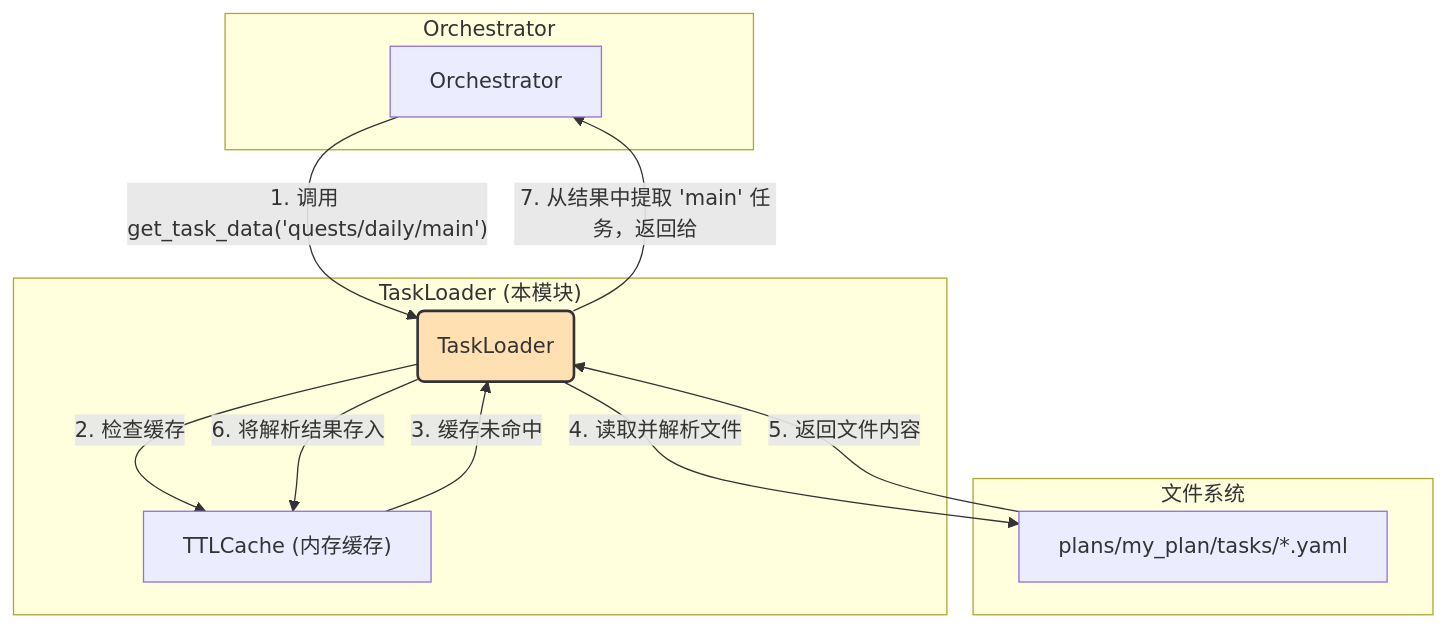
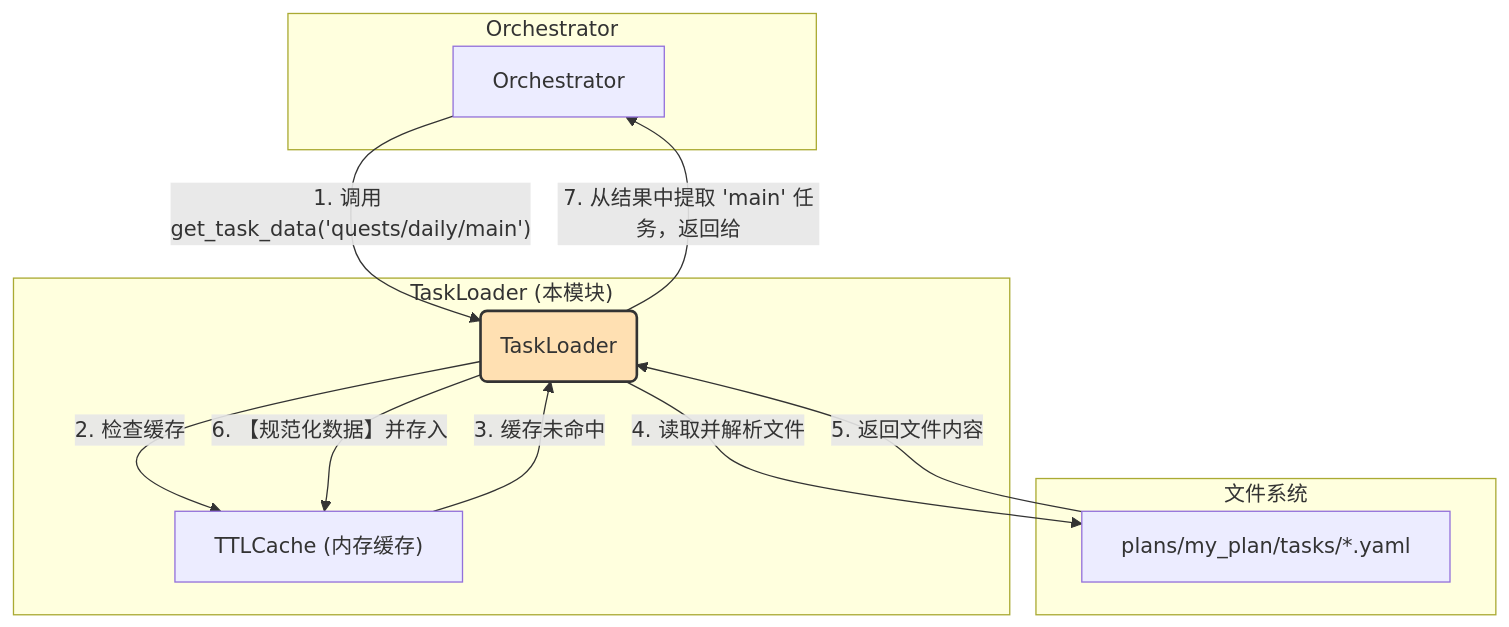
Before and after one commit to nightofknife/aura-framework: the diagram in readme/core_doc/task_loader.md, drawn with Mermaid. The commit also changed other lines of this file and 22 other files, not shown here.

````diff
--- a/readme/core_doc/task_loader.md
+++ b/readme/core_doc/task_loader.md
@@ -14,25 +16,25 @@
 ```mermaid
 graph TD
     subgraph "Orchestrator"
         O[Orchestrator]
     end
 
     subgraph "TaskLoader (本模块)"
         TL(TaskLoader)
         Cache["TTLCache (内存缓存)"]
     end
 
     subgraph "文件系统"
         FS["plans/my_plan/tasks/*.yaml"]
     end
 
     O -- "1. 调用 get_task_data('quests/daily/main')" --> TL
     TL -- "2. 检查缓存" --> Cache
     Cache -- "3. 缓存未命中" --> TL
     TL -- "4. 读取并解析文件" --> FS
     FS -- "5. 返回文件内容" --> TL
-    TL -- "6. 将解析结果存入" --> Cache
+    TL -- "6. 【规范化数据】并存入" --> Cache
     TL -- "7. 从结果中提取 'main' 任务，返回给" --> O
 
     style TL fill:#ffe0b2,stroke:#333,stroke-width:2px
 ```
````
